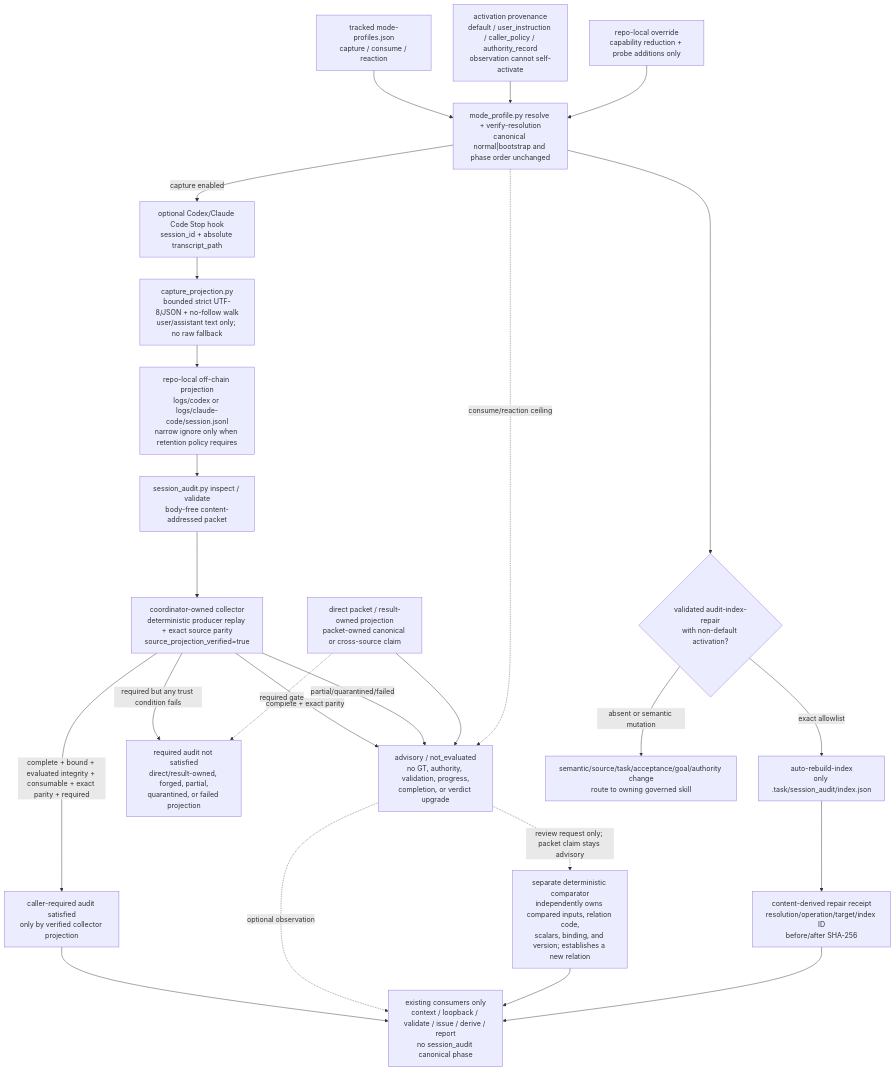
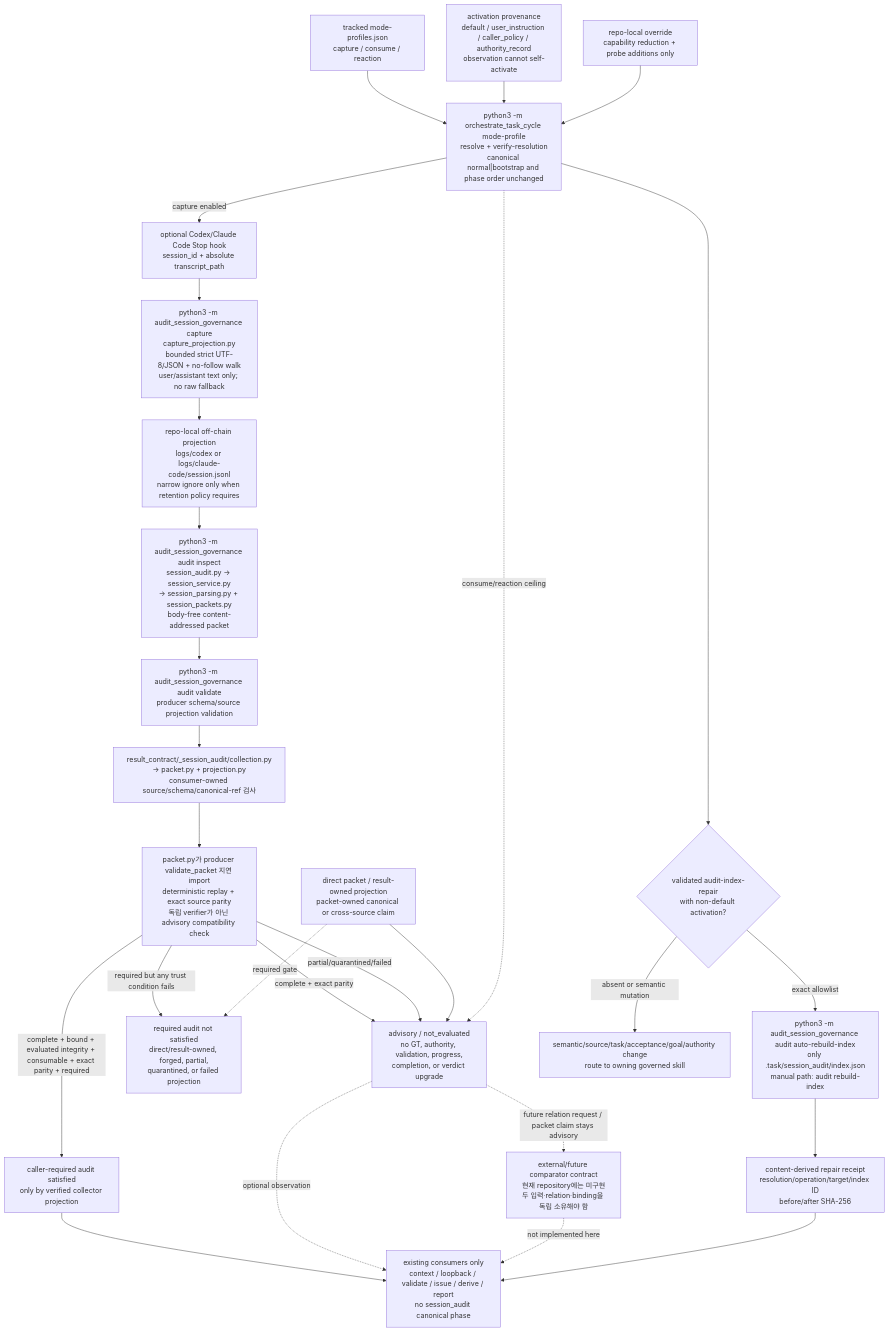
One commit to sw1029/workflow_swfool changed the ninth of 9 diagrams in README.md. Above: the diagram before and after it, drawn with Mermaid. The commit also changed other lines of this file and 742 other files, not shown here.

Commit message:
Refactor skill scripts and update flowcharts

````diff
--- a/README.md
+++ b/README.md
@@ -389,42 +509,45 @@
 ```mermaid
 flowchart TD
   Registry["tracked mode-profiles.json<br/>capture / consume / reaction"]
   Activation["activation provenance<br/>default / user_instruction / caller_policy / authority_record<br/>observation cannot self-activate"]
   Override["repo-local override<br/>capability reduction + probe additions only"]
-  Resolve["mode_profile.py resolve + verify-resolution<br/>canonical normal|bootstrap and phase order unchanged"]
+  Resolve["python3 -m orchestrate_task_cycle mode-profile<br/>resolve + verify-resolution<br/>canonical normal|bootstrap and phase order unchanged"]
 
   Stop["optional Codex/Claude Code Stop hook<br/>session_id + absolute transcript_path"]
-  Capture["capture_projection.py<br/>bounded strict UTF-8/JSON + no-follow walk<br/>user/assistant text only; no raw fallback"]
+  Capture["python3 -m audit_session_governance capture<br/>capture_projection.py<br/>bounded strict UTF-8/JSON + no-follow walk<br/>user/assistant text only; no raw fallback"]
   Offchain["repo-local off-chain projection<br/>logs/codex or logs/claude-code/session.jsonl<br/>narrow ignore only when retention policy requires"]
-  Inspect["session_audit.py inspect / validate<br/>body-free content-addressed packet"]
-  Collector["coordinator-owned collector<br/>deterministic producer replay + exact source parity<br/>source_projection_verified=true"]
+  Inspect["python3 -m audit_session_governance audit inspect<br/>session_audit.py → session_service.py<br/>→ session_parsing.py + session_packets.py<br/>body-free content-addressed packet"]
+  ProducerValidate["python3 -m audit_session_governance audit validate<br/>producer schema/source projection validation"]
+  Collector["result_contract/_session_audit/collection.py<br/>→ packet.py + projection.py<br/>consumer-owned source/schema/canonical-ref 검사"]
+  Replay["packet.py가 producer validate_packet 지연 import<br/>deterministic replay + exact source parity<br/>독립 verifier가 아닌 advisory compatibility check"]
 
   Direct["direct packet / result-owned projection<br/>packet-owned canonical or cross-source claim"]
   Advisory["advisory / not_evaluated<br/>no GT, authority, validation, progress,<br/>completion, or verdict upgrade"]
   Required["caller-required audit satisfied<br/>only by verified collector projection"]
   Rejected["required audit not satisfied<br/>direct/result-owned, forged, partial,<br/>quarantined, or failed projection"]
-  Comparator["separate deterministic comparator<br/>independently owns compared inputs, relation code,<br/>scalars, binding, and version; establishes a new relation"]
+  Comparator["external/future comparator contract<br/>현재 repository에는 미구현<br/>두 입력·relation·binding을 독립 소유해야 함"]
   Consumers["existing consumers only<br/>context / loopback / validate / issue / derive / report<br/>no session_audit canonical phase"]
 
   RepairGate{"validated audit-index-repair<br/>with non-default activation?"}
-  Rebuild["auto-rebuild-index<br/>only .task/session_audit/index.json"]
+  Rebuild["python3 -m audit_session_governance audit auto-rebuild-index<br/>only .task/session_audit/index.json<br/>manual path: audit rebuild-index"]
   Receipt["content-derived repair receipt<br/>resolution/operation/target/index ID<br/>before/after SHA-256"]
   Owner["semantic/source/task/acceptance/goal/authority change<br/>route to owning governed skill"]
 
   Registry --> Resolve
   Activation --> Resolve
   Override --> Resolve
-  Resolve -- capture enabled --> Stop --> Capture --> Offchain --> Inspect --> Collector
-  Collector -- complete + exact parity --> Advisory
-  Collector -- complete + bound + evaluated integrity + consumable + exact parity + required --> Required --> Consumers
-  Collector -- partial/quarantined/failed --> Advisory
-  Collector -- required but any trust condition fails --> Rejected
+  Resolve -- capture enabled --> Stop --> Capture --> Offchain --> Inspect --> ProducerValidate --> Collector --> Replay
+  Replay -- complete + exact parity --> Advisory
+  Replay -- complete + bound + evaluated integrity + consumable + exact parity + required --> Required --> Consumers
+  Replay -- partial/quarantined/failed --> Advisory
+  Replay -- required but any trust condition fails --> Rejected
   Direct --> Advisory
   Direct -. required gate .-> Rejected
   Advisory -. optional observation .-> Consumers
-  Advisory -. review request only; packet claim stays advisory .-> Comparator --> Consumers
+  Advisory -. future relation request / packet claim stays advisory .-> Comparator
+  Comparator -. not implemented here .-> Consumers
   Resolve -. consume/reaction ceiling .-> Advisory
   Resolve --> RepairGate
   RepairGate -- exact allowlist --> Rebuild --> Receipt --> Consumers
   RepairGate -- absent or semantic mutation --> Owner
 ```
````
